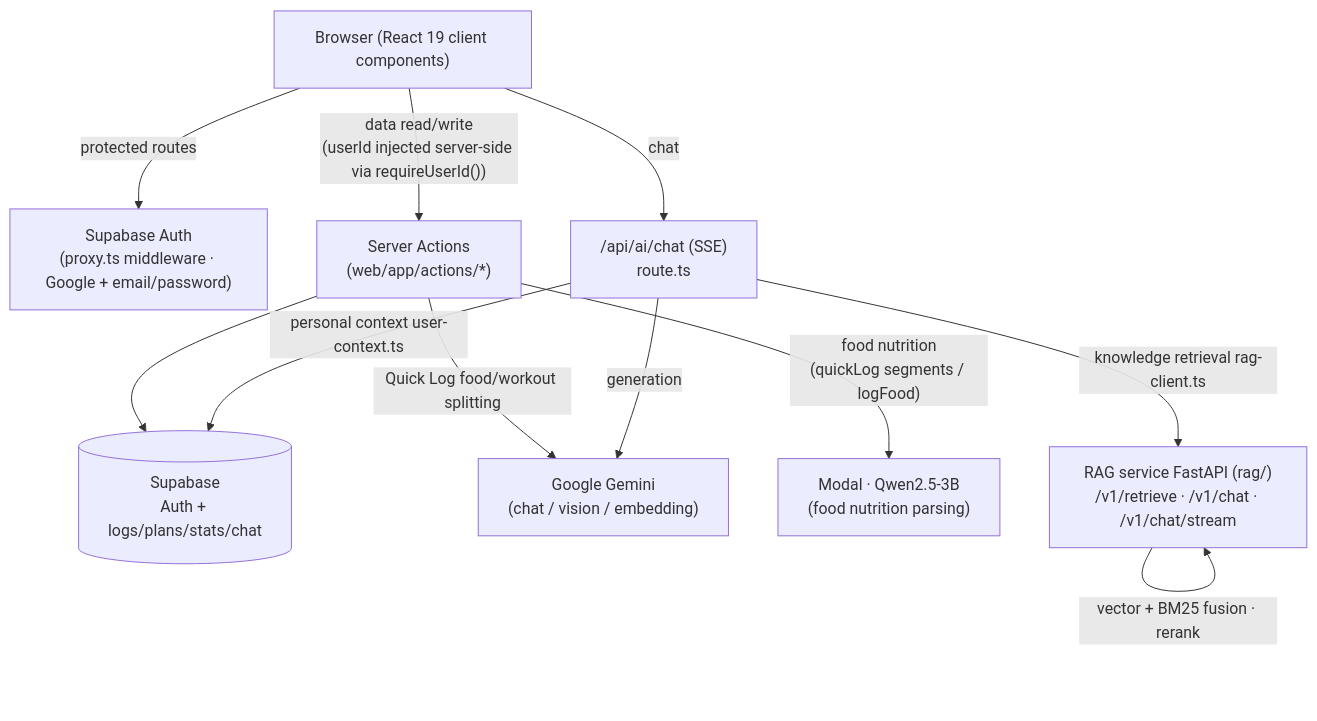
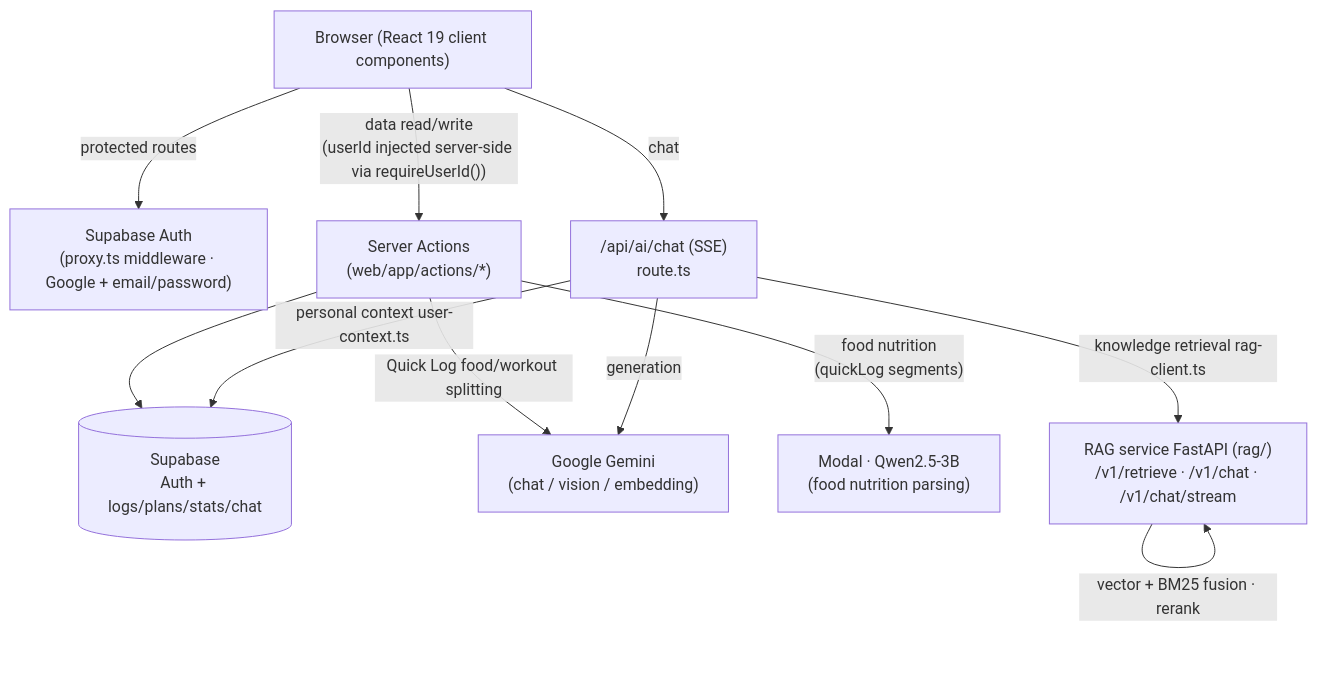
The diagram in README.md (G1lollipop/fitcore), drawn with Mermaid before and after one commit. The commit also changed 106 other files, not shown here.

````diff
--- a/README.md
+++ b/README.md
@@ -29,22 +29,22 @@
 ```mermaid
 flowchart TD
     Browser["Browser (React 19 client components)"]
     Auth["Supabase Auth<br/>(proxy.ts middleware · Google + email/password)"]
     Actions["Server Actions<br/>(web/app/actions/*)"]
     ChatAPI["/api/ai/chat (SSE)<br/>route.ts"]
     Supabase[("Supabase<br/>Auth + logs/plans/stats/chat")]
     LLM["Google Gemini<br/>(chat / vision / embedding)"]
     NutritionAPI["Modal · Qwen2.5-3B<br/>(food nutrition parsing)"]
     RAG["RAG service FastAPI (rag/)<br/>/v1/retrieve · /v1/chat · /v1/chat/stream"]
 
     Browser -->|"protected routes"| Auth
     Browser -->|"data read/write<br/>(userId injected server-side via requireUserId())"| Actions
     Browser -->|"chat"| ChatAPI
     Actions --> Supabase
     Actions -->|"Quick Log food/workout splitting"| LLM
-    Actions -->|"food nutrition<br/>(quickLog segments / logFood)"| NutritionAPI
+    Actions -->|"food nutrition<br/>(quickLog segments)"| NutritionAPI
     ChatAPI -->|"personal context user-context.ts"| Supabase
     ChatAPI -->|"generation"| LLM
     ChatAPI -->|"knowledge retrieval rag-client.ts"| RAG
     RAG -->|"vector + BM25 fusion · rerank"| RAG
 ```
````
